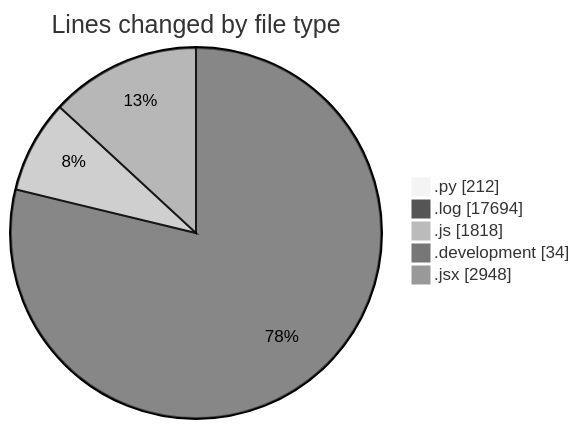
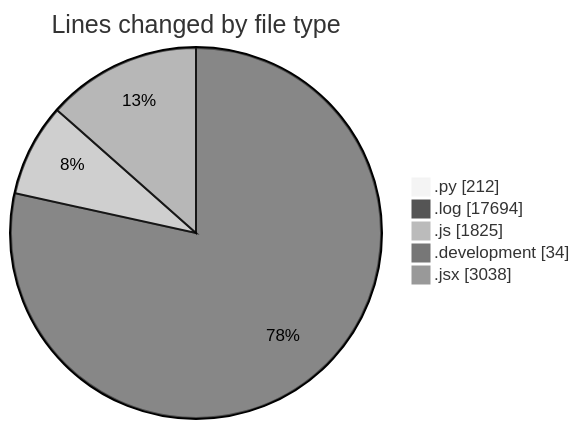
Before and after one commit to nxtqubesakshisongat/code-tracking: the first of 2 diagrams in 2025-04-19/nxtqube_webapp/README.md, drawn with Mermaid (neutral theme). The commit also changed other lines of this file and 1 other file, not shown here.

````diff
--- a/2025-04-19/nxtqube_webapp/README.md
+++ b/2025-04-19/nxtqube_webapp/README.md
@@ -41,9 +42,9 @@
 ```mermaid
 pie showData
 title Lines changed by file type
 ".py" : 212
 ".log" : 17694
-".js" : 1818
+".js" : 1825
 ".development" : 34
-".jsx" : 2948
+".jsx" : 3038
 ```
````
